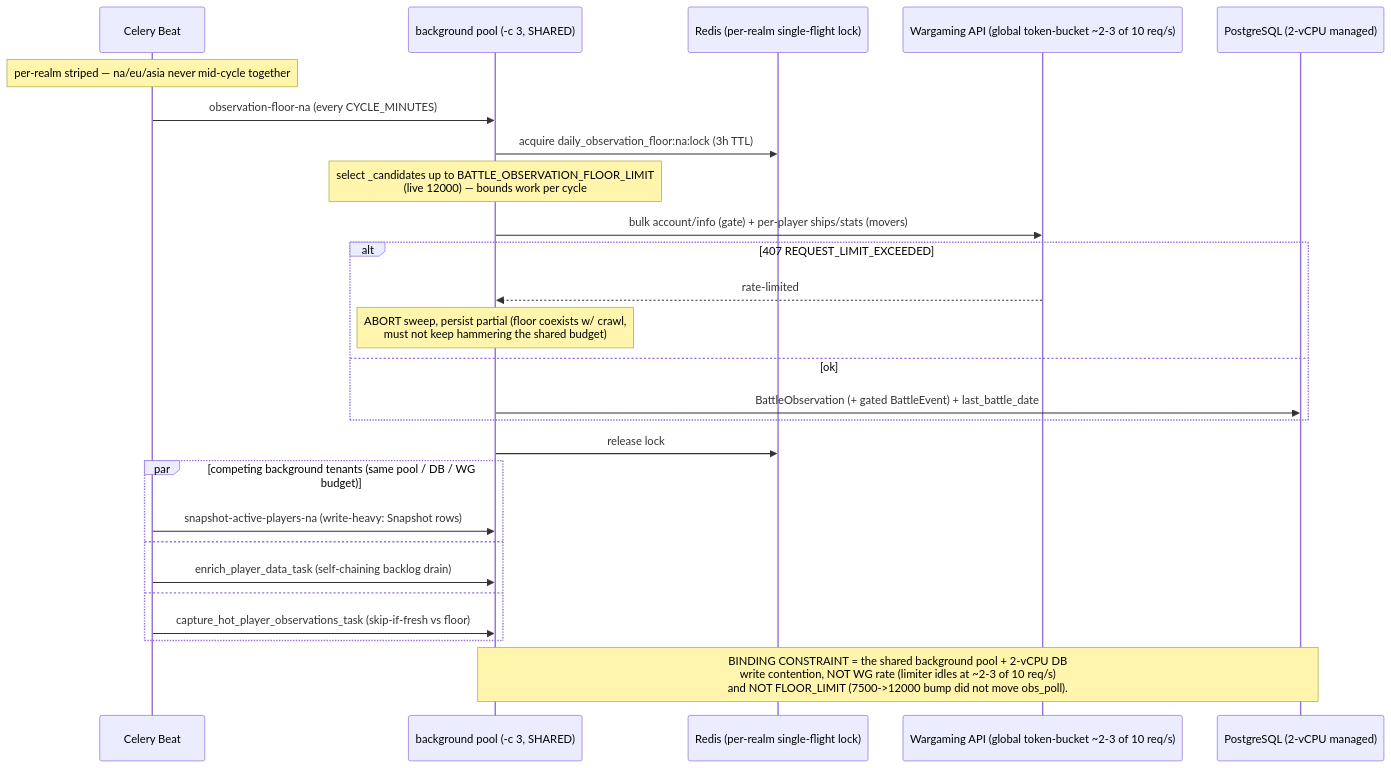
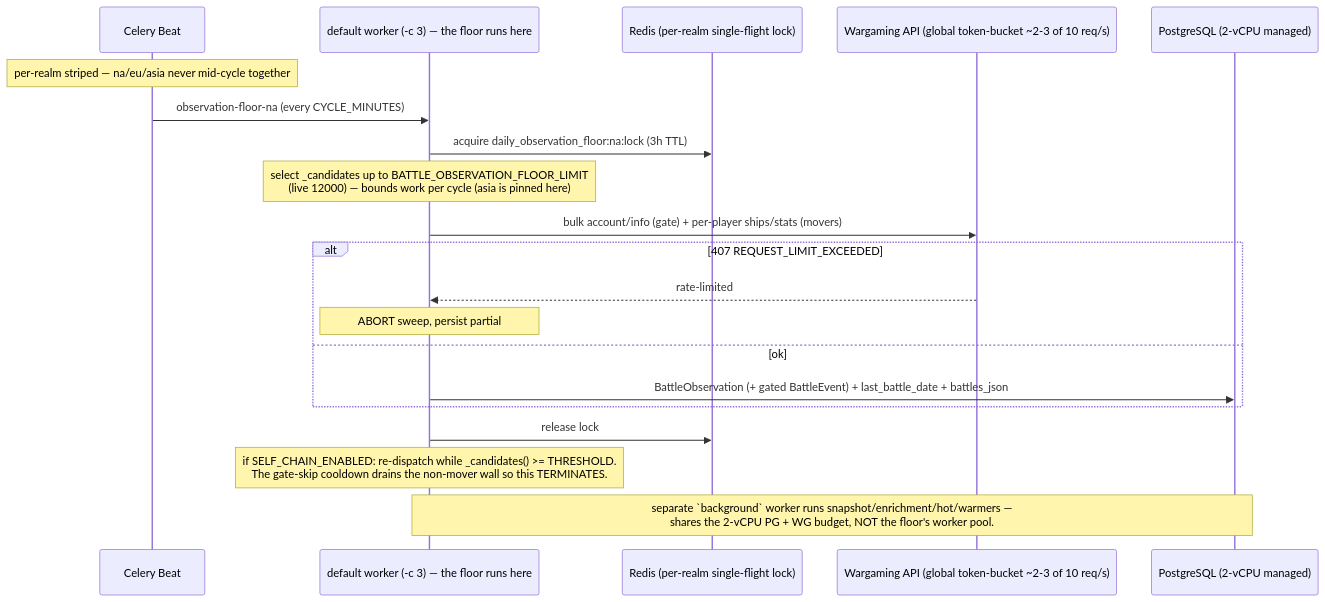
Before and after one commit to nitro-panks/battlestats: the third of 3 diagrams in agents/diagrams/observation-floor-data-flow.md, drawn with Mermaid. The commit also changed other lines of this file and 2 other files, not shown here.

First line of the commit message:
chore(floor): persist na cooldown/self-chain flags + correct floor queue in diagrams (#63)

````diff
--- a/agents/diagrams/observation-floor-data-flow.md
+++ b/agents/diagrams/observation-floor-data-flow.md
@@ -209,32 +221,25 @@
 ```mermaid
 sequenceDiagram
     participant BEAT as Celery Beat
-    participant POOL as background pool (-c 3, SHARED)
+    participant POOL as default worker (-c 3) — the floor runs here
     participant LOCK as Redis (per-realm single-flight lock)
     participant WG as Wargaming API (global token-bucket ~2-3 of 10 req/s)
     participant PG as PostgreSQL (2-vCPU managed)
 
     Note over BEAT: per-realm striped — na/eu/asia never mid-cycle together
 
     BEAT->>POOL: observation-floor-na (every CYCLE_MINUTES)
     POOL->>LOCK: acquire daily_observation_floor:na:lock (3h TTL)
-    Note over POOL: select _candidates up to BATTLE_OBSERVATION_FLOOR_LIMIT<br/>(live 12000) — bounds work per cycle
+    Note over POOL: select _candidates up to BATTLE_OBSERVATION_FLOOR_LIMIT<br/>(live 12000) — bounds work per cycle (asia is pinned here)
     POOL->>WG: bulk account/info (gate) + per-player ships/stats (movers)
     alt 407 REQUEST_LIMIT_EXCEEDED
         WG-->>POOL: rate-limited
-        Note over POOL: ABORT sweep, persist partial (floor coexists w/ crawl,<br/>must not keep hammering the shared budget)
+        Note over POOL: ABORT sweep, persist partial
     else ok
-        POOL->>PG: BattleObservation (+ gated BattleEvent) + last_battle_date
+        POOL->>PG: BattleObservation (+ gated BattleEvent) + last_battle_date + battles_json
     end
     POOL->>LOCK: release lock
+    Note over POOL: if SELF_CHAIN_ENABLED: re-dispatch while _candidates() >= THRESHOLD.<br/>The gate-skip cooldown drains the non-mover wall so this TERMINATES.
 
-    par competing background tenants (same pool / DB / WG budget)
-        BEAT->>POOL: snapshot-active-players-na (write-heavy: Snapshot rows)
-    and
-        BEAT->>POOL: enrich_player_data_task (self-chaining backlog drain)
-    and
-        BEAT->>POOL: capture_hot_player_observations_task (skip-if-fresh vs floor)
-    end
-
-    Note over POOL,PG: BINDING CONSTRAINT = the shared background pool + 2-vCPU DB<br/>write contention, NOT WG rate (limiter idles at ~2-3 of 10 req/s)<br/>and NOT FLOOR_LIMIT (7500->12000 bump did not move obs_poll).
+    Note over POOL,PG: separate `background` worker runs snapshot/enrichment/hot/warmers —<br/>shares the 2-vCPU PG + WG budget, NOT the floor's worker pool.
 ```
````
